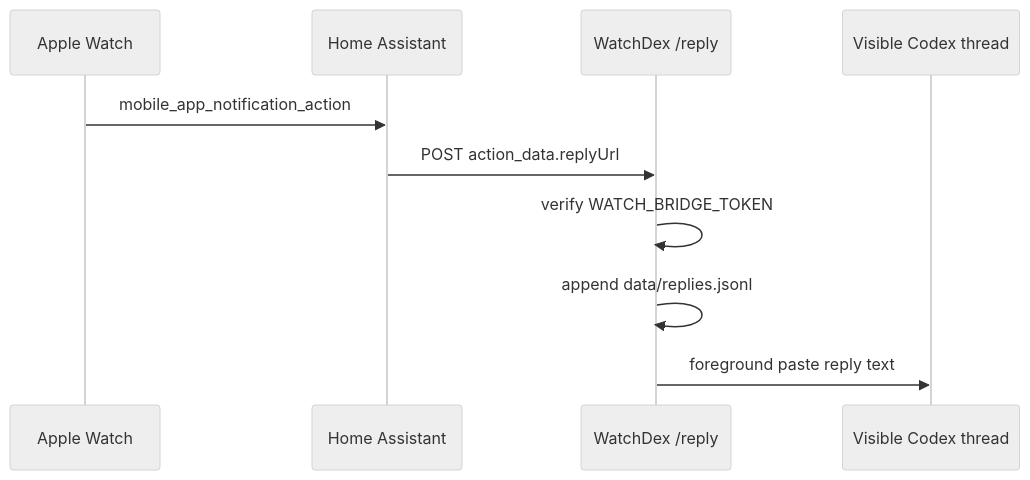
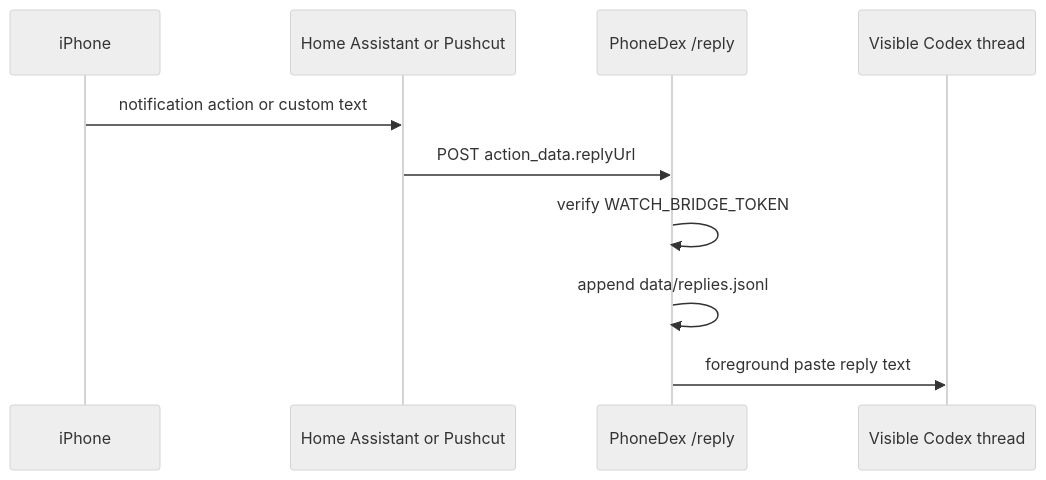
Before and after one commit to nash226/phonedex: the second of 2 diagrams in docs/architecture.md, drawn with Mermaid (neutral theme). The commit also changed other lines of this file and 10 other files, not shown here.

Commit message:
Reposition project as PhoneDex

````diff
--- a/docs/architecture.md
+++ b/docs/architecture.md
@@ -120,13 +132,13 @@
 ```mermaid
 sequenceDiagram
-  participant Watch as Apple Watch
-  participant HA as Home Assistant
-  participant Bridge as WatchDex /reply
+  participant Phone as iPhone
+  participant Provider as Home Assistant or Pushcut
+  participant Bridge as PhoneDex /reply
   participant Codex as Visible Codex thread
 
-  Watch->>HA: mobile_app_notification_action
-  HA->>Bridge: POST action_data.replyUrl
+  Phone->>Provider: notification action or custom text
+  Provider->>Bridge: POST action_data.replyUrl
   Bridge->>Bridge: verify WATCH_BRIDGE_TOKEN
   Bridge->>Bridge: append data/replies.jsonl
   Bridge->>Codex: foreground paste reply text
 ```
````
